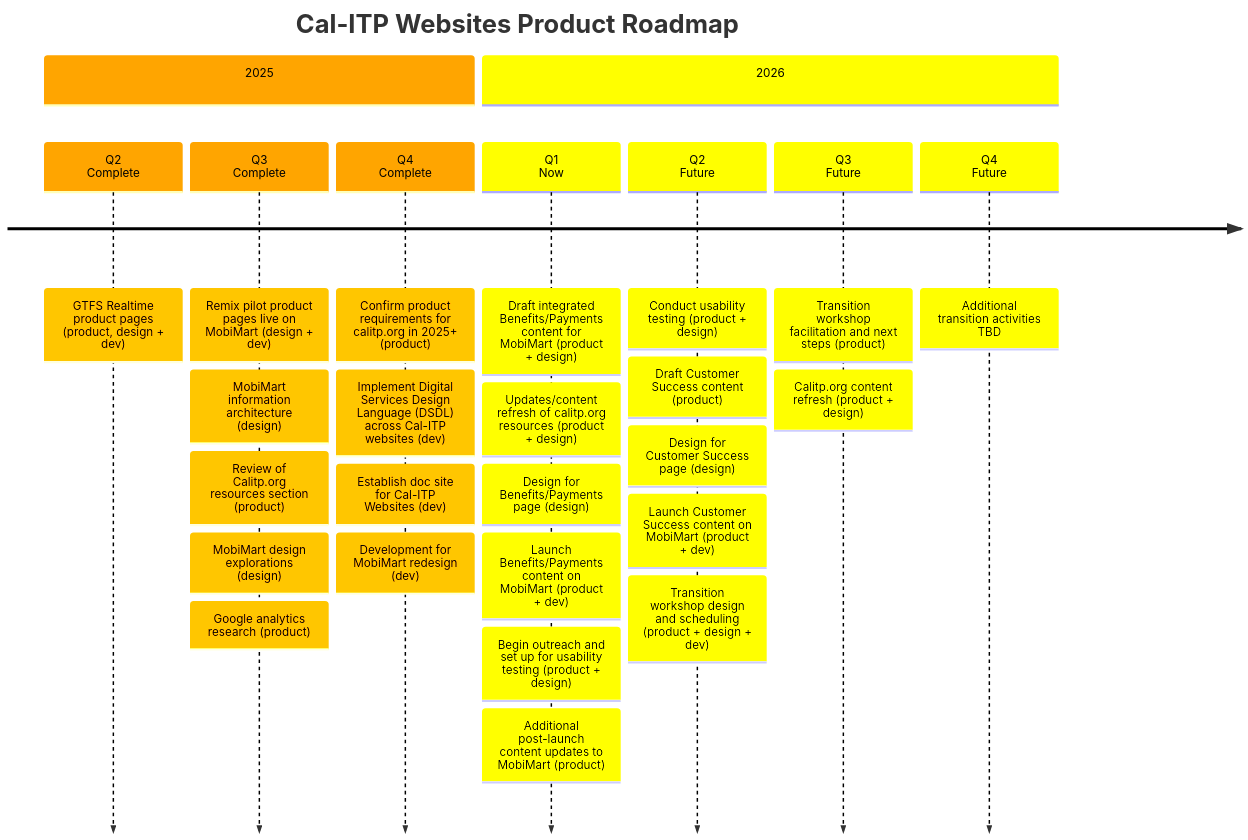
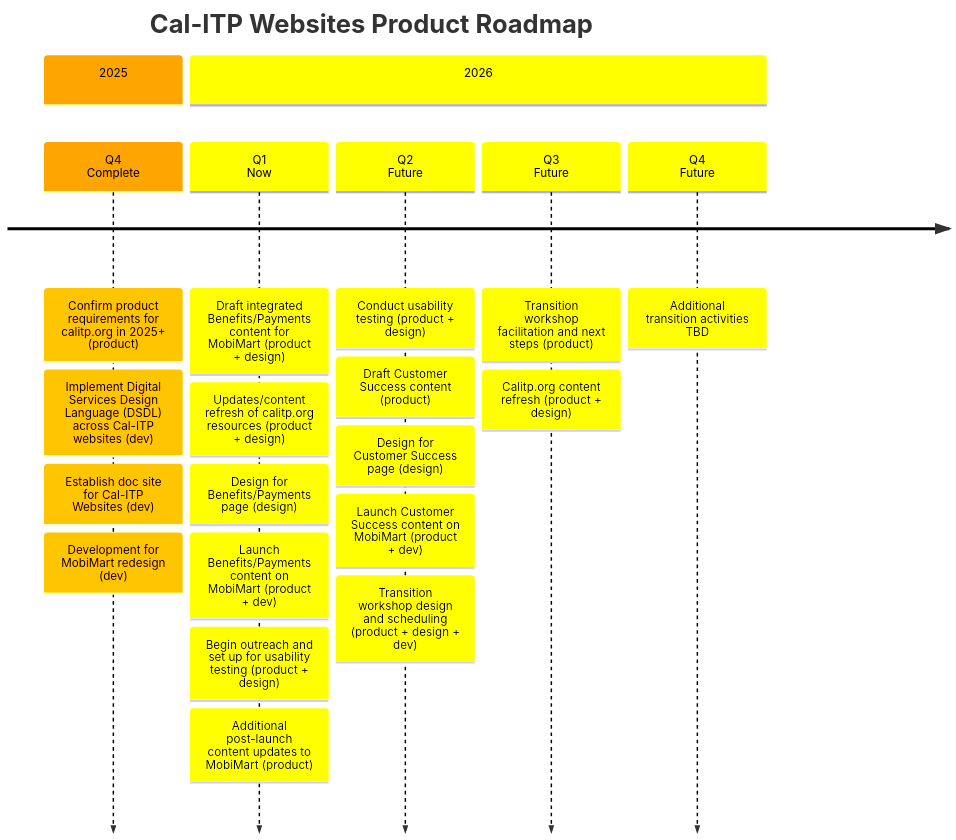
Before and after one commit to cal-itp/calitp.org: the diagram in docs/index.md, drawn with Mermaid.

Commit message:
Update index.md
I cannot explain why it was important to me to have 2025 represented on here in some way, but I think for continuity I'm including the last quarter. I'll take it off after Q1 closes. Hopefully this is more readable!

````diff
--- a/docs/index.md
+++ b/docs/index.md
@@ -5,63 +5,52 @@
 ```mermaid
     timeline
     title Cal-ITP Websites Product Roadmap
 
     %% Websites Epics (2025)
     section 2025
-
-    Q2<br>Complete
-    : GTFS Realtime product pages (product, design + dev)
-
-    Q3<br>Complete
-    : Remix pilot product pages live on MobiMart (design + dev)
-    : MobiMart information architecture (design)
-    : Review of Calitp.org resources section (product)
-    : MobiMart design explorations (design)
-    : Google analytics research (product)
-
 
     Q4<br>Complete
     : Confirm product requirements for calitp.org in 2025+ (product)
     : Implement Digital Services Design Language (DSDL) across Cal-ITP websites (dev)
     : Establish doc site for Cal-ITP Websites (dev)
     : Development for MobiMart redesign (dev)
 
     section 2026
 
     Q1<br>Now
     : Draft integrated Benefits/Payments content for MobiMart (product + design)
     : Updates/content refresh of calitp.org resources (product + design)
     : Design for Benefits/Payments page (design)
     : Launch Benefits/Payments content on MobiMart (product + dev)
     : Begin outreach and set up for usability testing (product + design)
     : Additional post-launch content updates to MobiMart (product)
 
     Q2<br>Future
     : Conduct usability testing (product + design)
     : Draft Customer Success content (product)
     : Design for Customer Success page (design)
     : Launch Customer Success content on MobiMart (product + dev)
     : Transition workshop design and scheduling (product + design + dev)
 
     Q3<br>Future
     : Transition workshop facilitation and next steps (product)
     : Calitp.org content refresh (product + design)
 
     Q4<br>Future
     : Additional transition activities TBD
    %%{
         init: {
             'logLevel': 'debug',
             'theme': 'default' ,
             'themeVariables': {
                 'cScale0': '#ffa500', 'cScaleLabel0': '#000000',
                 'cScale1': '#ffff00', 'cScaleLabel1': '#000000',
                 'cScale2': '#ffff00', 'cScaleLabel2': '#000000',
                 'cScale3': '#008000', 'cScaleLabel3': '#ffffff',
                 'cScale4': '#0000ff', 'cScaleLabel4': '#ffffff',
                 'cScale5': '#4b0082', 'cScaleLabel5': '#ffffff',
                 'cScale6': '#000000', 'cScaleLabel6': '#ffffff'
             }
         }
     }%%
 ```
````
